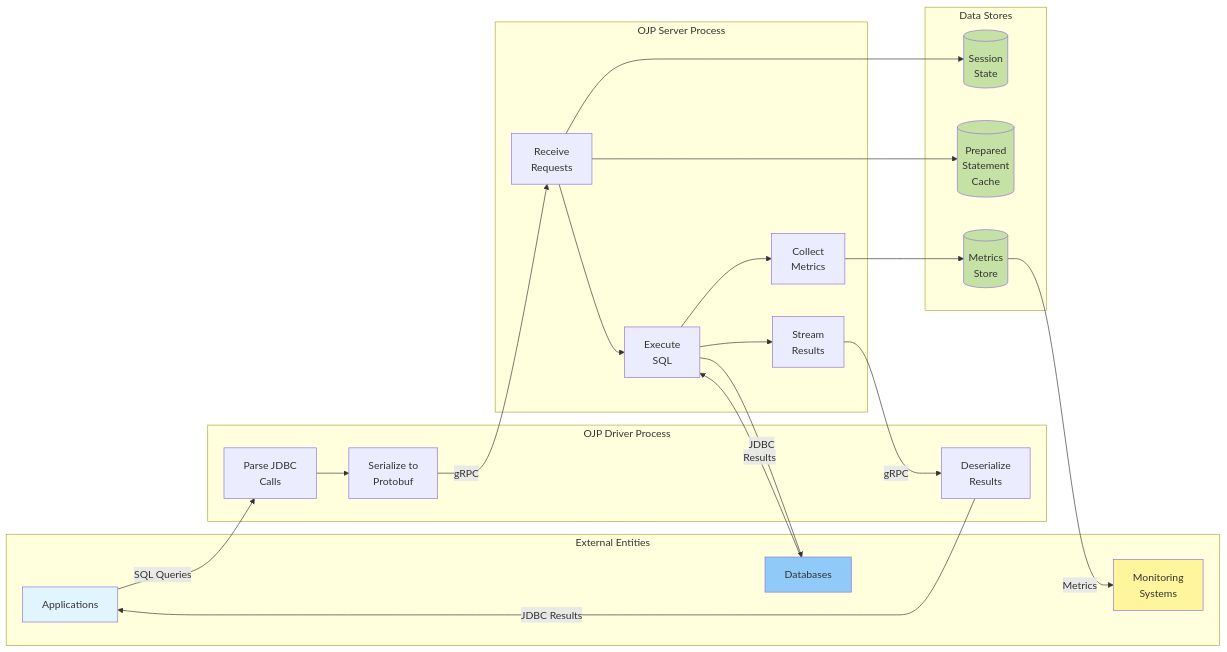
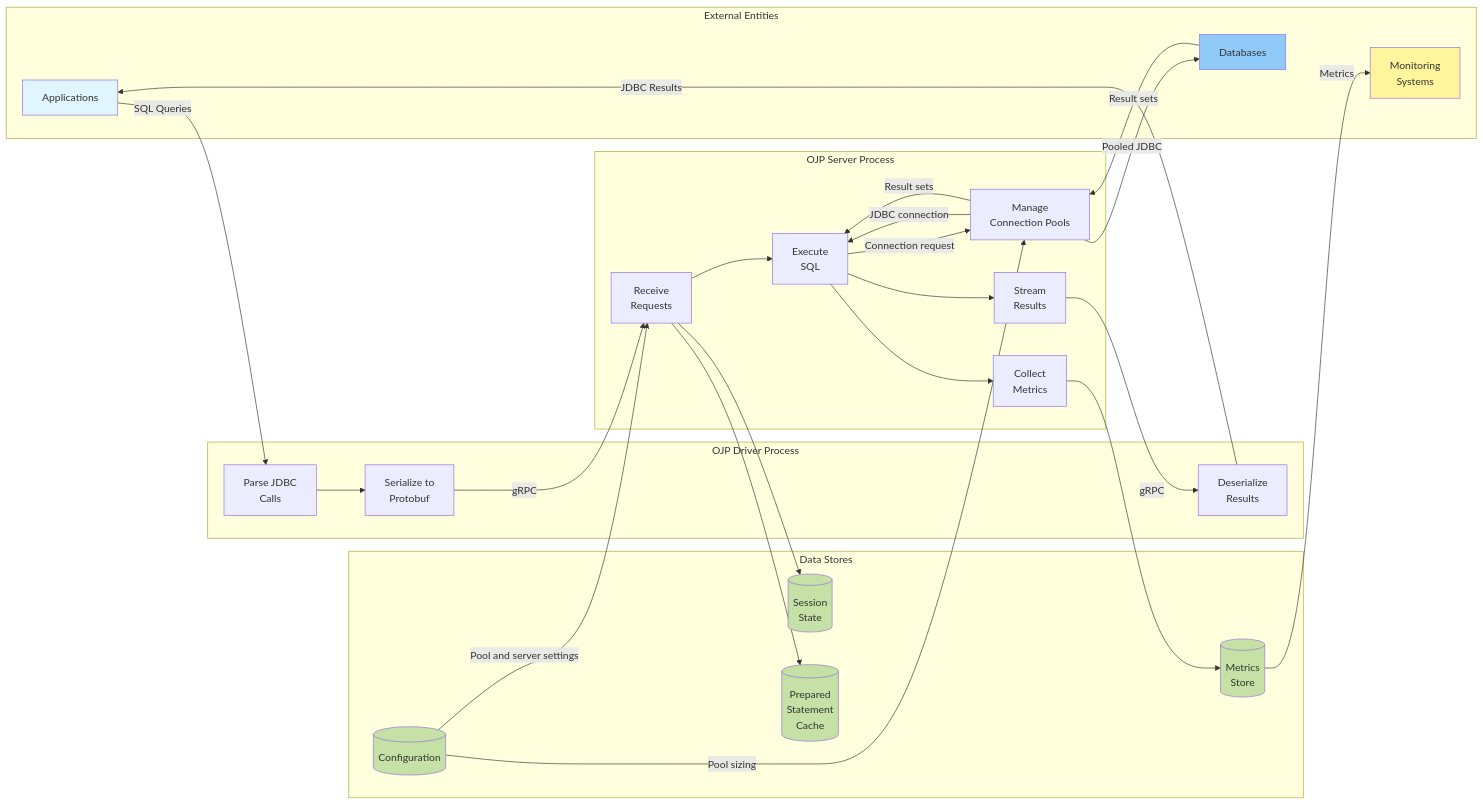
Diagram 17 of 19 in documents/ebook/part1-chapter2-architecture.md (DominikZig/ojp), drawn with Mermaid before and after one commit. The commit also changed other lines of this file and 1 other file, not shown here.

Commit message:
Refine chapter 2 architecture diagrams

````diff
--- a/documents/ebook/part1-chapter2-architecture.md
+++ b/documents/ebook/part1-chapter2-architecture.md
@@ -907,49 +1038,57 @@
 ```mermaid
 graph LR
     subgraph "External Entities"
     A[Applications]
     D[Databases]
     M[Monitoring<br/>Systems]
     end
     
     subgraph "OJP Driver Process"
     P1[Parse JDBC<br/>Calls]
     P2[Serialize to<br/>Protobuf]
     P3[Deserialize<br/>Results]
     end
     
     subgraph "OJP Server Process"
     P4[Receive<br/>Requests]
     P5[Execute<br/>SQL]
+    P8[Manage<br/>Connection Pools]
     P6[Stream<br/>Results]
     P7[Collect<br/>Metrics]
     end
     
     subgraph "Data Stores"
     DS1[(Session<br/>State)]
     DS2[(Prepared<br/>Statement<br/>Cache)]
     DS3[(Metrics<br/>Store)]
+    DS4[(Configuration)]
     end
     
     A -->|SQL Queries| P1
     P1 --> P2
     P2 -->|gRPC| P4
     P4 --> DS1
     P4 --> DS2
+    DS4 -->|Pool and server settings| P4
+    DS4 -->|Pool sizing| P8
     P4 --> P5
-    P5 -->|JDBC| D
-    D -->|Results| P5
+    P5 -->|Connection request| P8
+    P8 -->|JDBC connection| P5
+    P8 -->|Pooled JDBC| D
+    D -->|Result sets| P8
+    P8 -->|Result sets| P5
     P5 --> P6
     P6 -->|gRPC| P3
     P3 -->|JDBC Results| A
     P5 --> P7
     P7 --> DS3
     DS3 -->|Metrics| M
     
     style A fill:#e1f5fe
     style D fill:#90caf9
     style M fill:#fff59d
     style DS1 fill:#c5e1a5
     style DS2 fill:#c5e1a5
     style DS3 fill:#c5e1a5
+    style DS4 fill:#c5e1a5
 ```
````
